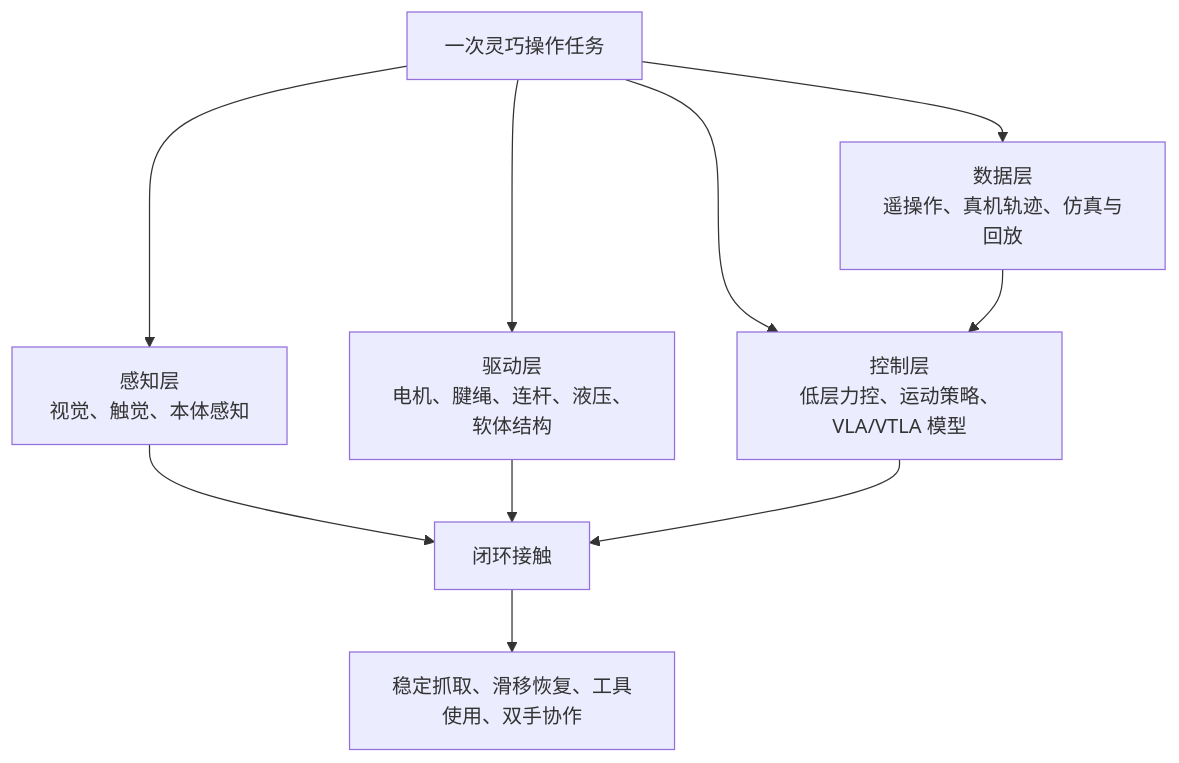
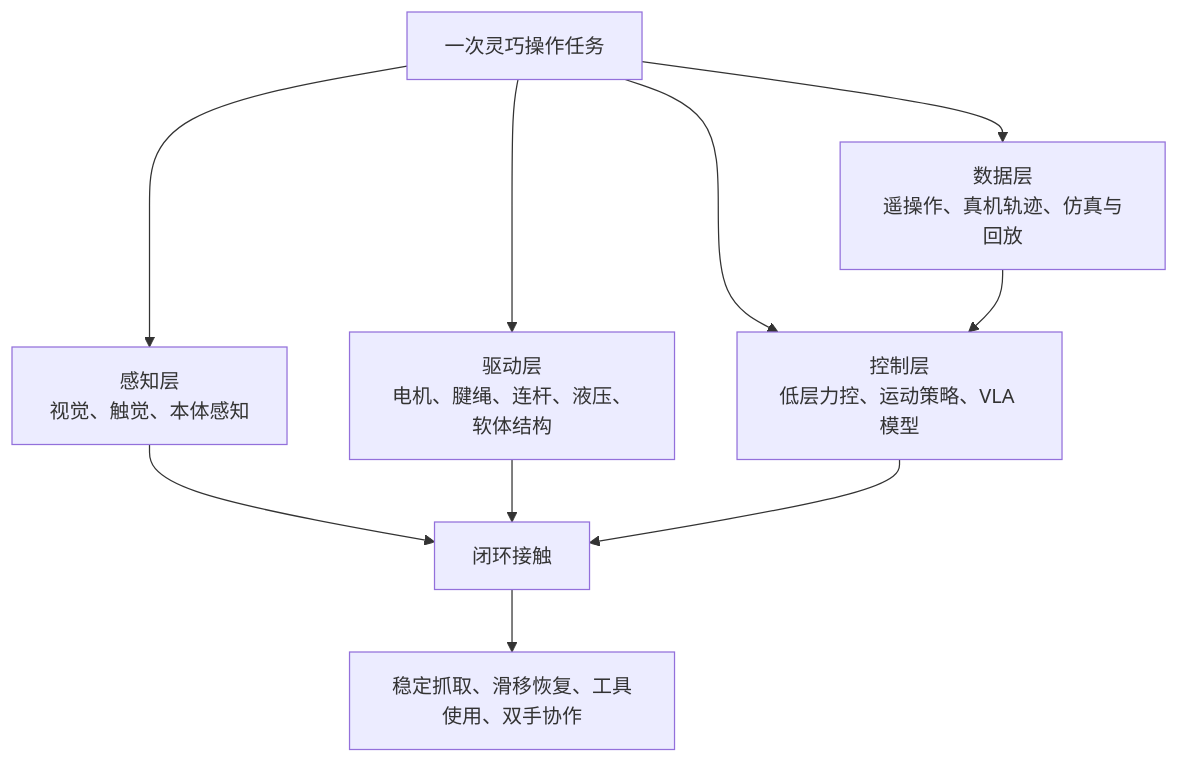
The diagram in content/posts/tech/dexterous-hand-six-schools-impossible-triangle-2026.md (A1pha3/text-matrix), drawn with Mermaid before and after one commit. The commit also changed other lines of this file and 331 other files, not shown here.

````diff
--- a/content/posts/tech/dexterous-hand-six-schools-impossible-triangle-2026.md
+++ b/content/posts/tech/dexterous-hand-six-schools-impossible-triangle-2026.md
@@ -53,13 +25,13 @@
 ```mermaid
 flowchart TB
     Task[一次灵巧操作任务] --> Perception[感知层<br/>视觉、触觉、本体感知]
     Task --> Actuation[驱动层<br/>电机、腱绳、连杆、液压、软体结构]
-    Task --> Control[控制层<br/>低层力控、运动策略、VLA/VTLA 模型]
+    Task --> Control[控制层<br/>低层力控、运动策略、VLA 模型]
     Task --> Data[数据层<br/>遥操作、真机轨迹、仿真与回放]
 
     Perception --> Loop[闭环接触]
     Actuation --> Loop
     Control --> Loop
     Data --> Control
     Loop --> Outcome[稳定抓取、滑移恢复、工具使用、双手协作]
 ```
````
